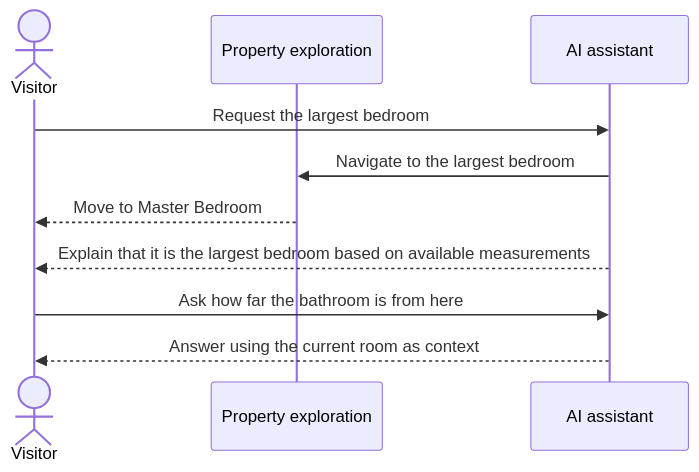
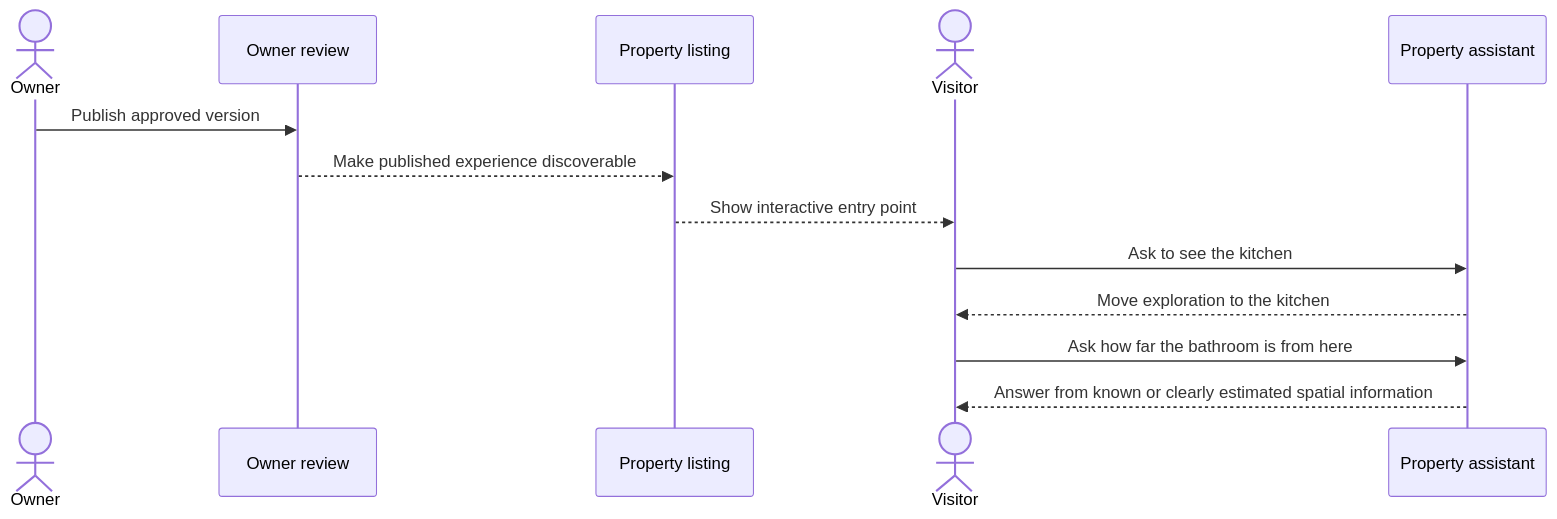
The third of 4 diagrams in planning/v2/proposal/examples/property-exploration.md (sanxzy/skills), drawn with Mermaid before and after one commit. The commit also changed other lines of this file and 93 other files, not shown here.

````diff
--- a/planning/v2/proposal/examples/property-exploration.md
+++ b/planning/v2/proposal/examples/property-exploration.md
@@ -1259,13 +307,16 @@
 ```mermaid
 sequenceDiagram
+    actor Owner
+    participant Review as Owner review
+    participant Listing as Property listing
     actor Visitor
-    participant Exploration as Property exploration
-    participant Assistant as AI assistant
+    participant Assistant as Property assistant
 
-    Visitor->>Assistant: Request the largest bedroom
-    Assistant->>Exploration: Navigate to the largest bedroom
-    Exploration-->>Visitor: Move to Master Bedroom
-    Assistant-->>Visitor: Explain that it is the largest bedroom based on available measurements
+    Owner->>Review: Publish approved version
+    Review-->>Listing: Make published experience discoverable
+    Listing-->>Visitor: Show interactive entry point
+    Visitor->>Assistant: Ask to see the kitchen
+    Assistant-->>Visitor: Move exploration to the kitchen
     Visitor->>Assistant: Ask how far the bathroom is from here
-    Assistant-->>Visitor: Answer using the current room as context
+    Assistant-->>Visitor: Answer from known or clearly estimated spatial information
 ```
````
